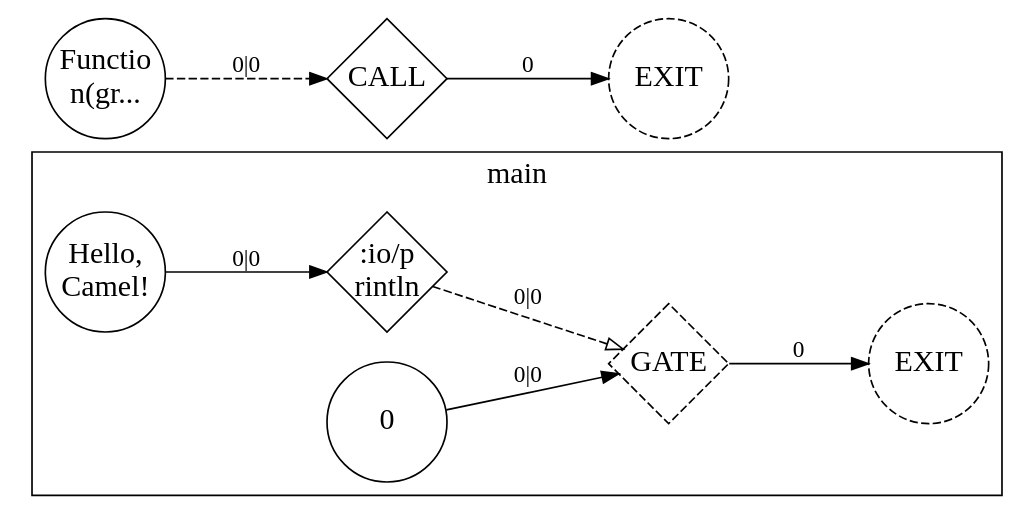
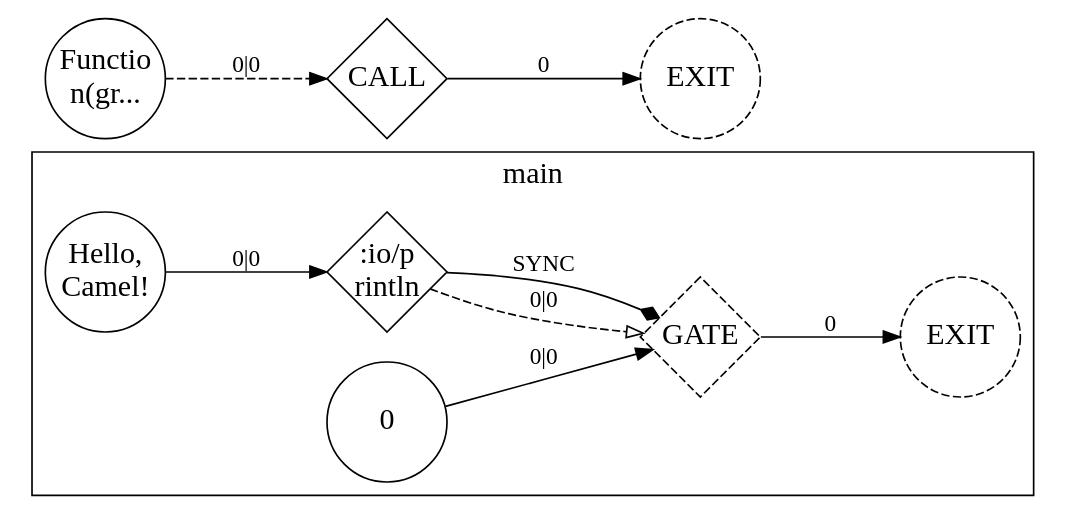
One commit to OpenCML/Camel changed the diagram in docs/tutorial/images/01_hello.dot. Above: the diagram before and after it, drawn with Graphviz. The commit also changed 6 other files, not shown here.

```diff
--- a/docs/tutorial/images/01_hello.dot
+++ b/docs/tutorial/images/01_hello.dot
@@ -1,23 +1,24 @@
 digraph GraphIR {
     graph [rankdir=LR, fontsize=18];
     node [fixedsize=true, width=1, height=1, fontsize=18];
     edge [minlen=2];
     subgraph cluster_F01 {
         label="main";
         tooltip="() => int uses stdout";
         O01 [label="EXIT", type="EXIT", style=dashed, shape=circle];
         N00 [label="Hello,\nCamel!", type="DATA", shape=circle, style=solid, value_type="string", tooltip="Hello, Camel!"];
         N01 [label=":io/p\nrintln", type="OPER", shape=diamond, style=solid, value_type="string", tooltip=":io/println"];
         N02 [label="0", type="DATA", shape=circle, style=solid, value_type="int", tooltip="0"];
         N03 [label="GATE", type="GATE", shape=diamond, style=dashed, value_type="int", tooltip="GATE"];
         N03 -> O01 [label="0", type="EXIT", style=solid];
         N00 -> N01 [label="0|0", type="NORM"];
         N02 -> N03 [label="0|0", type="NORM"];
         N01 -> N03 [label="0|0", type="CTRL", style=dashed, arrowhead=empty];
+        N01 -> N03 [label="SYNC", type="SYNC", style=solid, arrowhead=diamond];
     }
     O00 [label="EXIT", type="EXIT", style=dashed, shape=circle];
     N04 [label="Functio\nn(gr...", type="DATA", shape=circle, style=solid, value_type="() => int uses stdout", tooltip="Function(graph=main, tupleSlots=0)"];
     N05 [label="CALL", type="CALL", shape=diamond, style=solid, value_type="int", tooltip="CALL"];
     N05 -> O00 [label="0", type="EXIT", style=solid];
     N04 -> N05 [label="0|0", type="WITH", style=dashed];
 }
```
